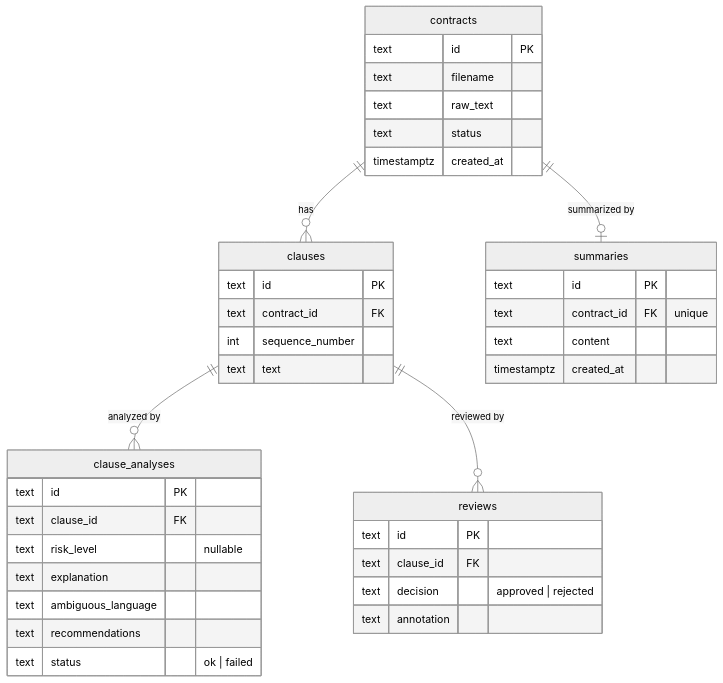
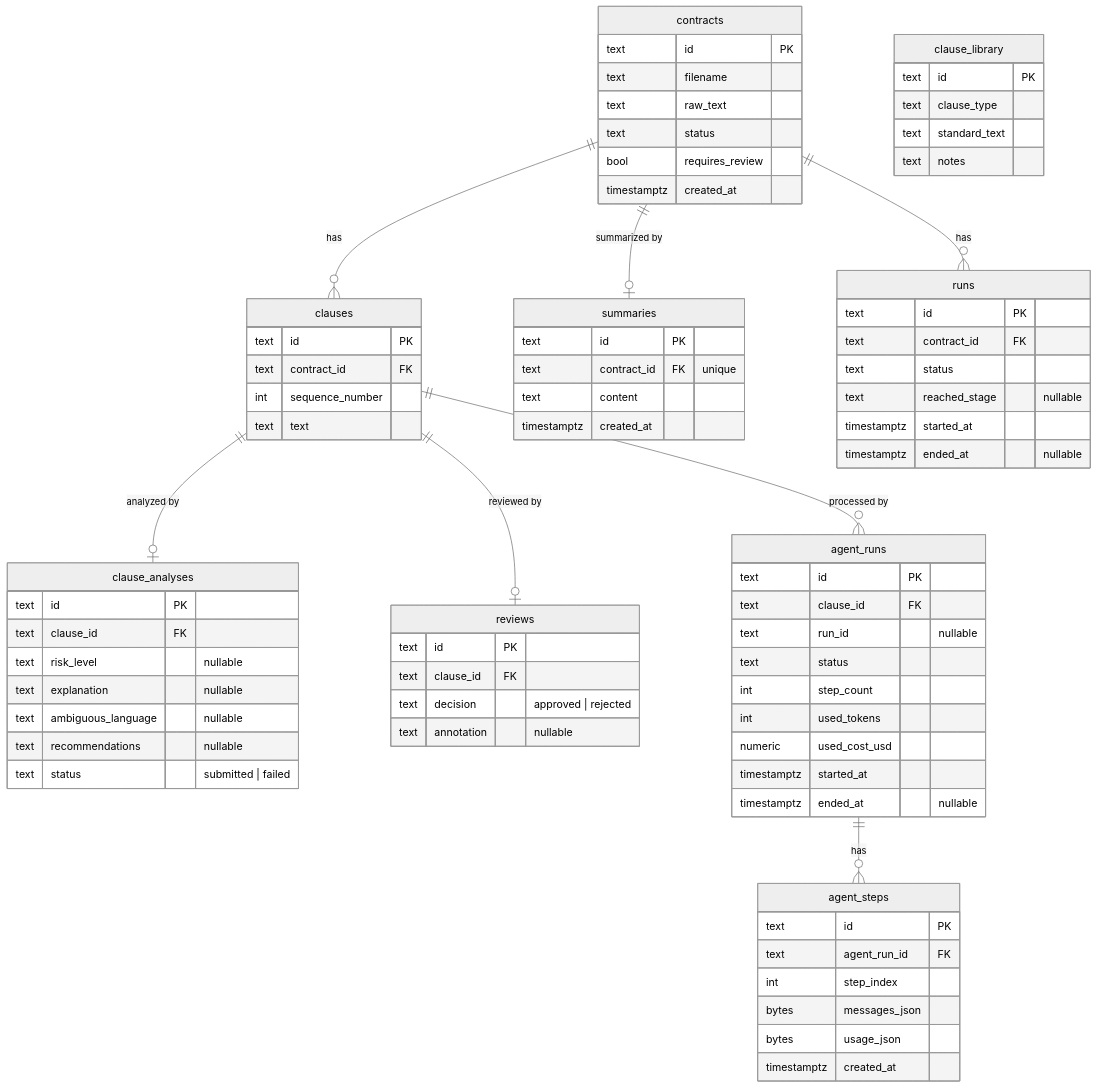
The diagram in README.md (mhihasan/contract-review-ai-agent), drawn with Mermaid (neutral theme) before and after one commit.

Commit message:
docs(readme): fix ERD — add missing columns and tables

````diff
--- a/README.md
+++ b/README.md
@@ -101,6 +101,7 @@
         text filename
         text raw_text
         text status
+        bool requires_review
         timestamptz created_at
     }
 
@@ -115,17 +116,17 @@
         text id PK
         text clause_id FK
         text risk_level "nullable"
-        text explanation
-        text ambiguous_language
-        text recommendations
-        text status "ok | failed"
+        text explanation "nullable"
+        text ambiguous_language "nullable"
+        text recommendations "nullable"
+        text status "submitted | failed"
     }
 
     reviews {
         text id PK
         text clause_id FK
         text decision "approved | rejected"
-        text annotation
+        text annotation "nullable"
     }
 
     summaries {
@@ -135,8 +136,48 @@
         timestamptz created_at
     }
 
+    runs {
+        text id PK
+        text contract_id FK
+        text status
+        text reached_stage "nullable"
+        timestamptz started_at
+        timestamptz ended_at "nullable"
+    }
+
+    agent_runs {
+        text id PK
+        text clause_id FK
+        text run_id "nullable"
+        text status
+        int step_count
+        int used_tokens
+        numeric used_cost_usd
+        timestamptz started_at
+        timestamptz ended_at "nullable"
+    }
+
+    agent_steps {
+        text id PK
+        text agent_run_id FK
+        int step_index
+        bytes messages_json
+        bytes usage_json
+        timestamptz created_at
+    }
+
+    clause_library {
+        text id PK
+        text clause_type
+        text standard_text
+        text notes
+    }
+
     contracts ||--o{ clauses : "has"
-    clauses ||--o{ clause_analyses : "analyzed by"
-    clauses ||--o{ reviews : "reviewed by"
+    contracts ||--o{ runs : "has"
     contracts ||--o| summaries : "summarized by"
+    clauses ||--o| clause_analyses : "analyzed by"
+    clauses ||--o| reviews : "reviewed by"
+    clauses ||--o{ agent_runs : "processed by"
+    agent_runs ||--o{ agent_steps : "has"
 ```
````
